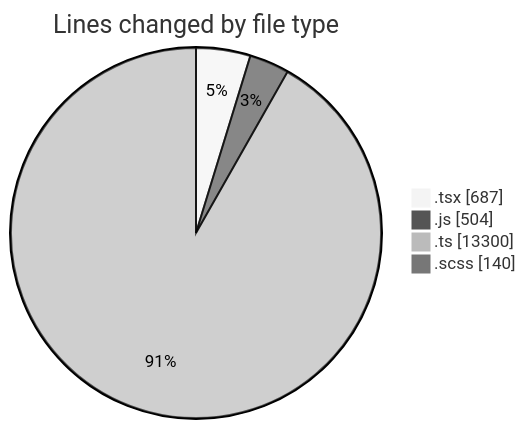
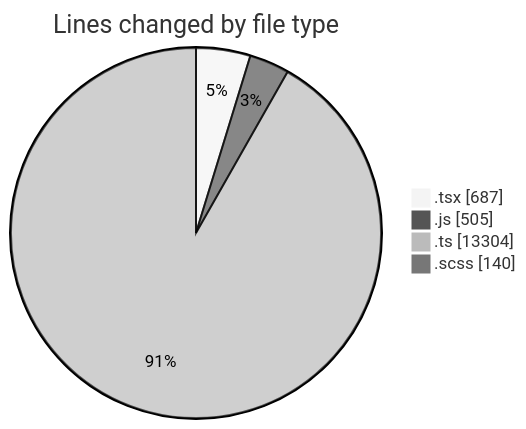
One commit to momahboobian/code-tracking changed the first of 2 diagrams in 2025-06-30/cda/README.md. Above: the diagram before and after it, drawn with Mermaid (neutral theme). The commit also changed other lines of this file and 1 other file, not shown here.

````diff
--- a/2025-06-30/cda/README.md
+++ b/2025-06-30/cda/README.md
@@ -29,8 +29,8 @@
 ```mermaid
 pie showData
 title Lines changed by file type
 ".tsx" : 687
-".js" : 504
-".ts" : 13300
+".js" : 505
+".ts" : 13304
 ".scss" : 140
 ```
````
